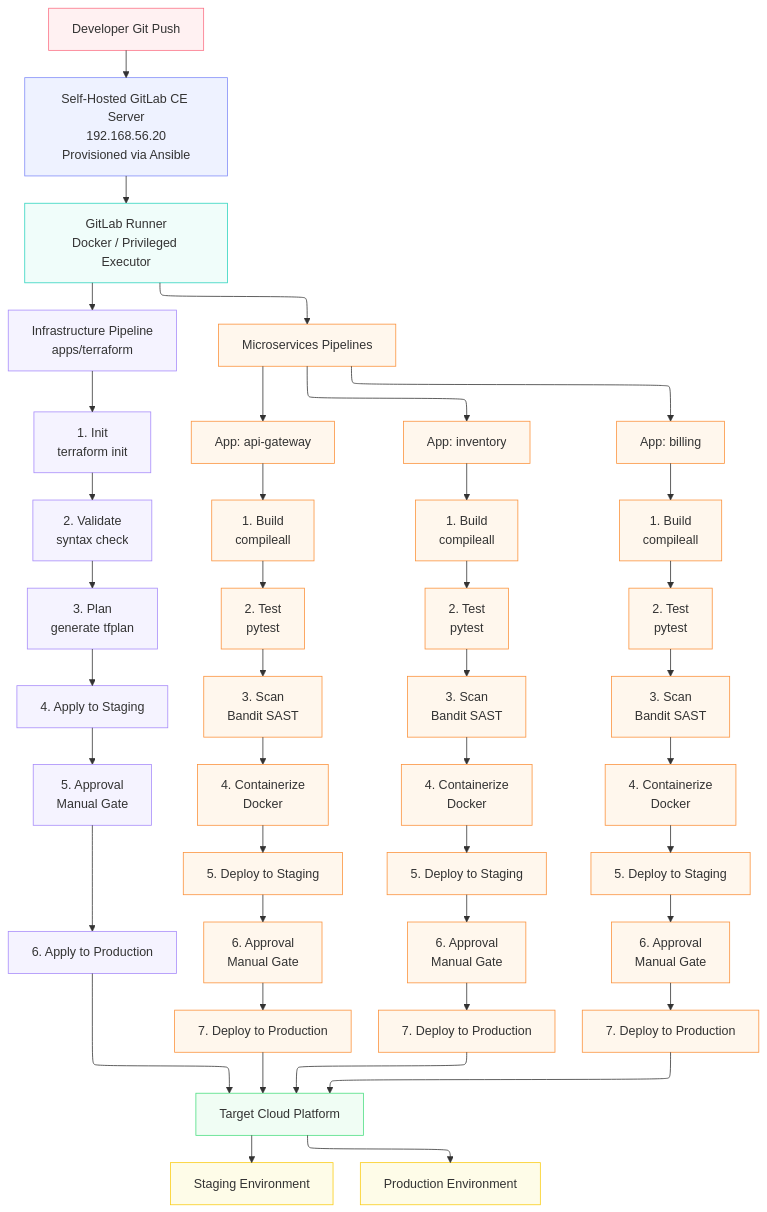
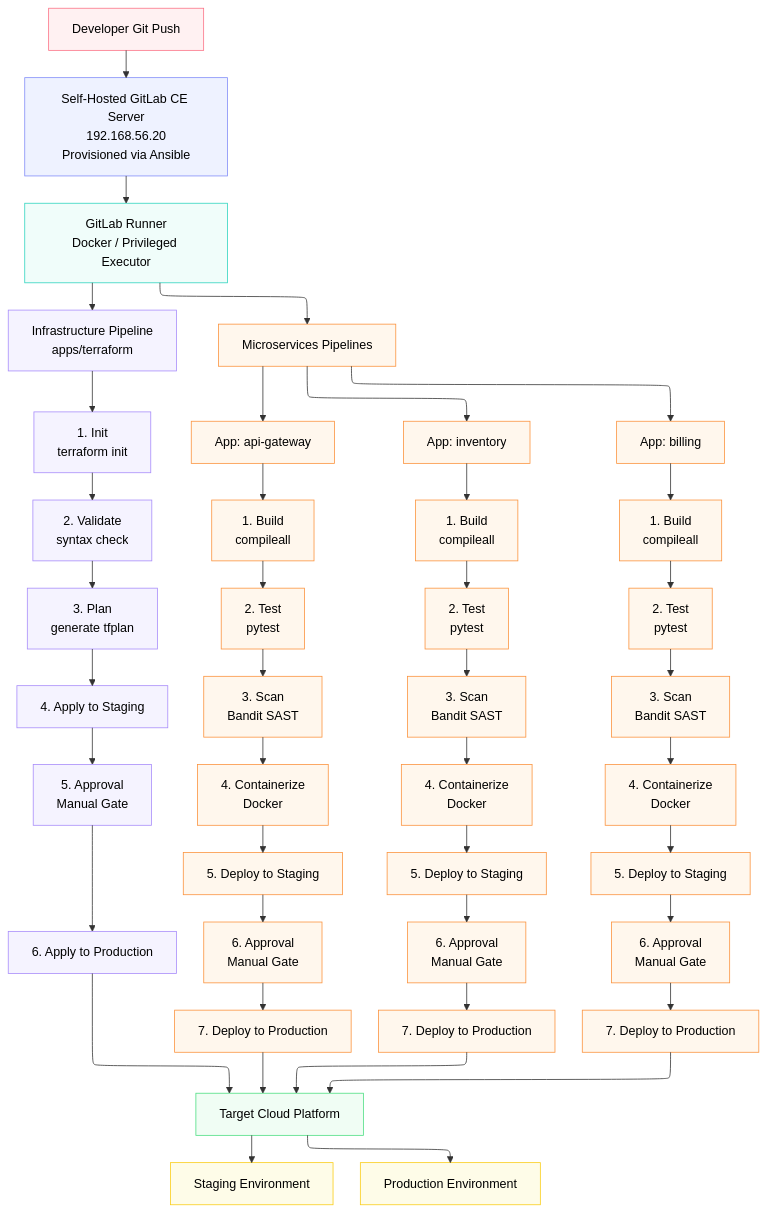
One commit to A-fethi/code-keeper changed the diagram in README.md. Above: the diagram before and after it, drawn with Mermaid.

Commit message:
Update README file

````diff
--- a/README.md
+++ b/README.md
@@ -22,77 +22,77 @@
 ```mermaid
 ---
 config:
   layout: elk
 ---
 graph TD
     A[Developer Git Push] --> B[Self-Hosted GitLab CE Server<br/>192.168.56.20<br/>Provisioned via Ansible]
     B --> C[GitLab Runner<br/>Docker / Privileged Executor]
     C --> D[Infrastructure Pipeline<br/>apps/terraform]
     C --> E[Microservices Pipelines]
     
     D --> D1["1. Init<br/>terraform init"]
     D1 --> D2["2. Validate<br/>syntax check"]
     D2 --> D3["3. Plan<br/>generate tfplan"]
     D3 --> D4["4. Apply to Staging"]
     D4 --> D5["5. Approval<br/>Manual Gate"]
     D5 --> D6["6. Apply to Production"]
     
     E --> E1["App: api-gateway"]
     E --> E2["App: inventory"]
     E --> E3["App: billing"]
     
     E1 --> E1a["1. Build<br/>compileall"]
     E1a --> E1b["2. Test<br/>pytest"]
     E1b --> E1c["3. Scan<br/>Bandit SAST"]
     E1c --> E1d["4. Containerize<br/>Docker"]
     E1d --> E1e["5. Deploy to Staging"]
     E1e --> E1f["6. Approval<br/>Manual Gate"]
     E1f --> E1g["7. Deploy to Production"]
     
     E2 --> E2a["1. Build<br/>compileall"]
     E2a --> E2b["2. Test<br/>pytest"]
     E2b --> E2c["3. Scan<br/>Bandit SAST"]
     E2c --> E2d["4. Containerize<br/>Docker"]
     E2d --> E2e["5. Deploy to Staging"]
     E2e --> E2f["6. Approval<br/>Manual Gate"]
     E2f --> E2g["7. Deploy to Production"]
     
     E3 --> E3a["1. Build<br/>compileall"]
     E3a --> E3b["2. Test<br/>pytest"]
     E3b --> E3c["3. Scan<br/>Bandit SAST"]
     E3c --> E3d["4. Containerize<br/>Docker"]
     E3d --> E3e["5. Deploy to Staging"]
     E3e --> E3f["6. Approval<br/>Manual Gate"]
     E3f --> E3g["7. Deploy to Production"]
     
     D6 --> F[Target Cloud Platform]
     E1g --> F
     E2g --> F
     E3g --> F
     
     F --> F1["Staging Environment"]
     F --> F2["Production Environment"]
     
-    classDef trigger stroke:#fb7185,fill:#fff1f2
-    classDef server stroke:#818cf8,fill:#eef2ff
-    classDef runner stroke:#2dd4bf,fill:#f0fdfa
-    classDef infraPipe stroke:#a78bfa,fill:#f5f3ff
-    classDef microPipe stroke:#fb923c,fill:#fff7ed
-    classDef infraStage stroke:#a78bfa,fill:#f5f3ff
-    classDef microStage stroke:#fb923c,fill:#fff7ed
-    classDef target stroke:#4ade80,fill:#f0fdf4
-    classDef env stroke:#facc15,fill:#fefce8
+    classDef trigger stroke:#fb7185,fill:#fff1f2, color:#000000
+    classDef server stroke:#818cf8,fill:#eef2ff, color:#000000
+    classDef runner stroke:#2dd4bf,fill:#f0fdfa, color:#000000
+    classDef infraPipe stroke:#a78bfa,fill:#f5f3ff, color:#000000
+    classDef microPipe stroke:#fb923c,fill:#fff7ed, color:#000000
+    classDef infraStage stroke:#a78bfa,fill:#f5f3ff, color:#000000
+    classDef microStage stroke:#fb923c,fill:#fff7ed, color:#000000
+    classDef target stroke:#4ade80,fill:#f0fdf4, color:#000000
+    classDef env stroke:#facc15,fill:#fefce8, color:#000000
     
     class A trigger
     class B server
     class C runner
     class D infraPipe
     class E microPipe
     class D1,D2,D3,D4,D5,D6 infraStage
     class E1,E2,E3 microPipe
     class E1a,E1b,E1c,E1d,E1e,E1f,E1g microStage
     class E2a,E2b,E2c,E2d,E2e,E2f,E2g microStage
     class E3a,E3b,E3c,E3d,E3e,E3f,E3g microStage
     class F target
     class F1,F2 env
 ```
````
